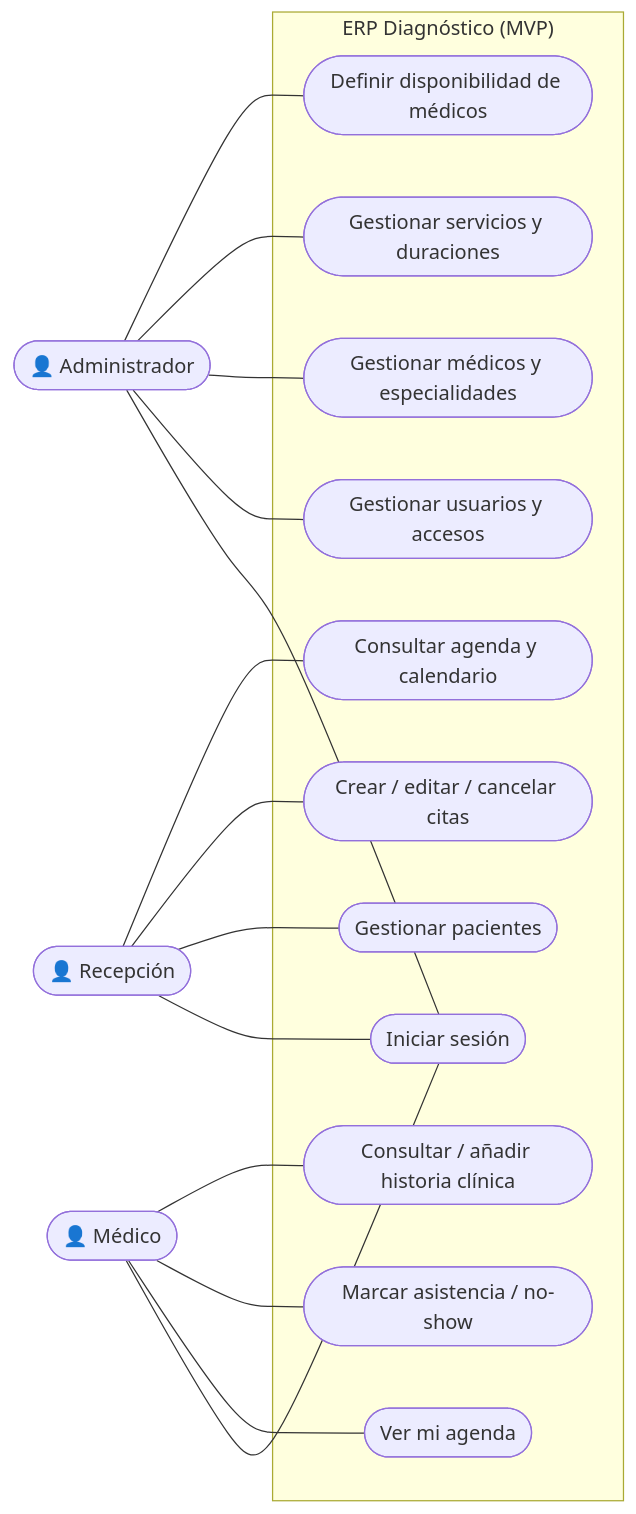
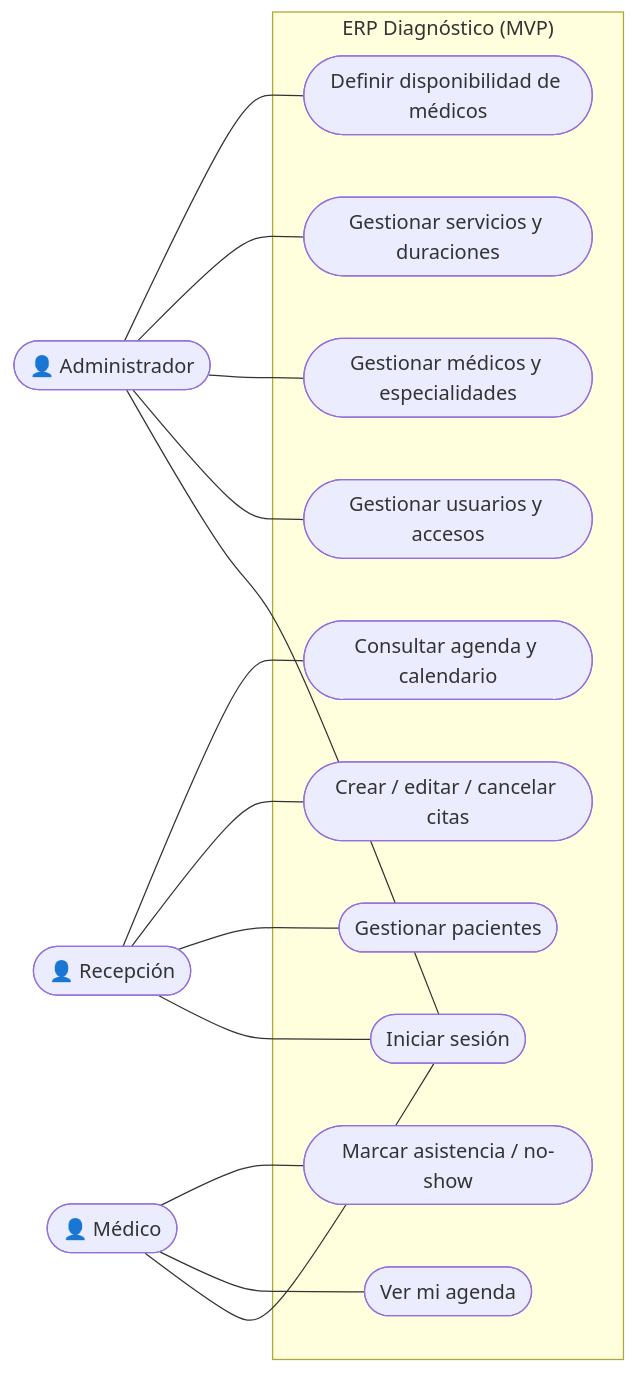
The diagram in docs/CASOS-DE-USO.md (DhanaCorredor/diagnostico-backend), drawn with Mermaid before and after one commit. The commit also changed other lines of this file and 9 other files, not shown here.

````diff
--- a/docs/CASOS-DE-USO.md
+++ b/docs/CASOS-DE-USO.md
@@ -7,37 +7,35 @@
 ```mermaid
 flowchart LR
     admin(["👤 Administrador"])
     recep(["👤 Recepción"])
     medico(["👤 Médico"])
 
     subgraph SIS["ERP Diagnóstico (MVP)"]
         login(["Iniciar sesión"])
         uUsuarios(["Gestionar usuarios y accesos"])
         uMedicos(["Gestionar médicos y especialidades"])
         uServicios(["Gestionar servicios y duraciones"])
         uDisp(["Definir disponibilidad de médicos"])
         uPacientes(["Gestionar pacientes"])
         uCitas(["Crear / editar / cancelar citas"])
         uAgenda(["Consultar agenda y calendario"])
         uMiAgenda(["Ver mi agenda"])
         uAsistencia(["Marcar asistencia / no-show"])
-        uHistoria(["Consultar / añadir historia clínica"])
     end
 
     admin --- login
     recep --- login
     medico --- login
 
     admin --- uUsuarios
     admin --- uMedicos
     admin --- uServicios
     admin --- uDisp
 
     recep --- uPacientes
     recep --- uCitas
     recep --- uAgenda
 
     medico --- uMiAgenda
     medico --- uAsistencia
-    medico --- uHistoria
 ```
````
